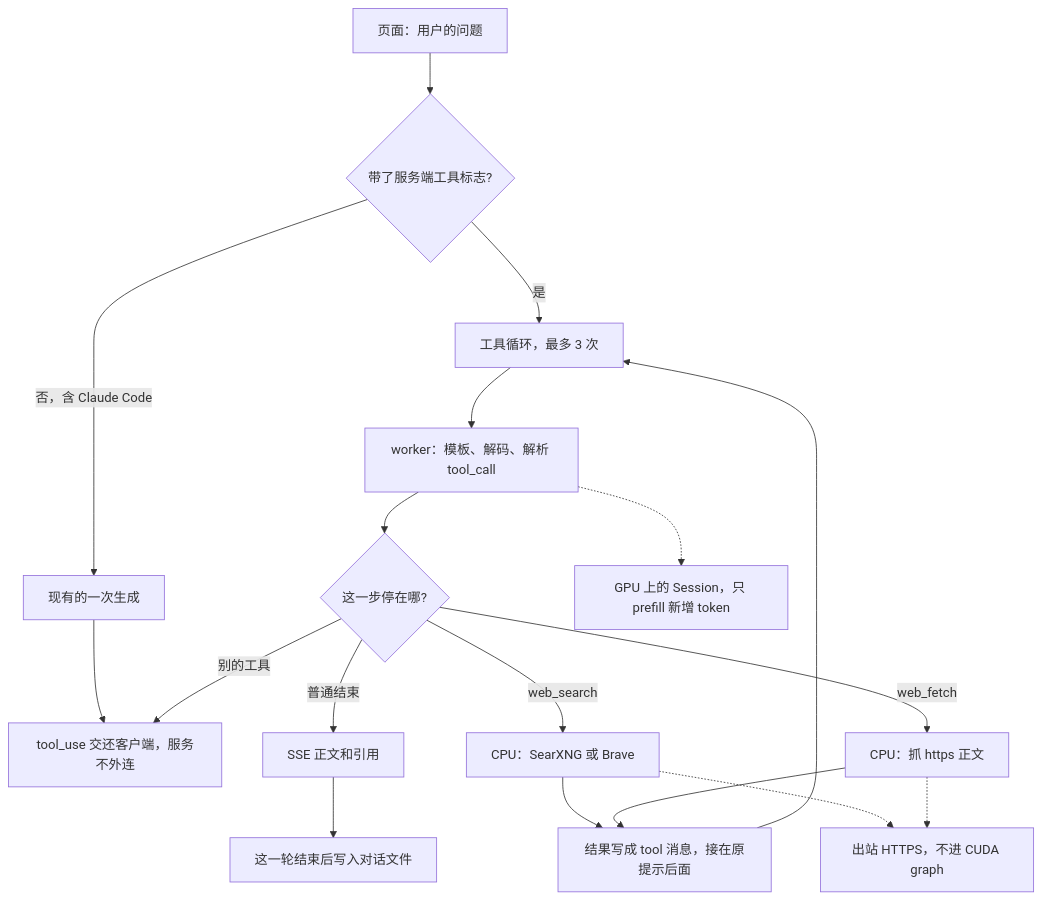
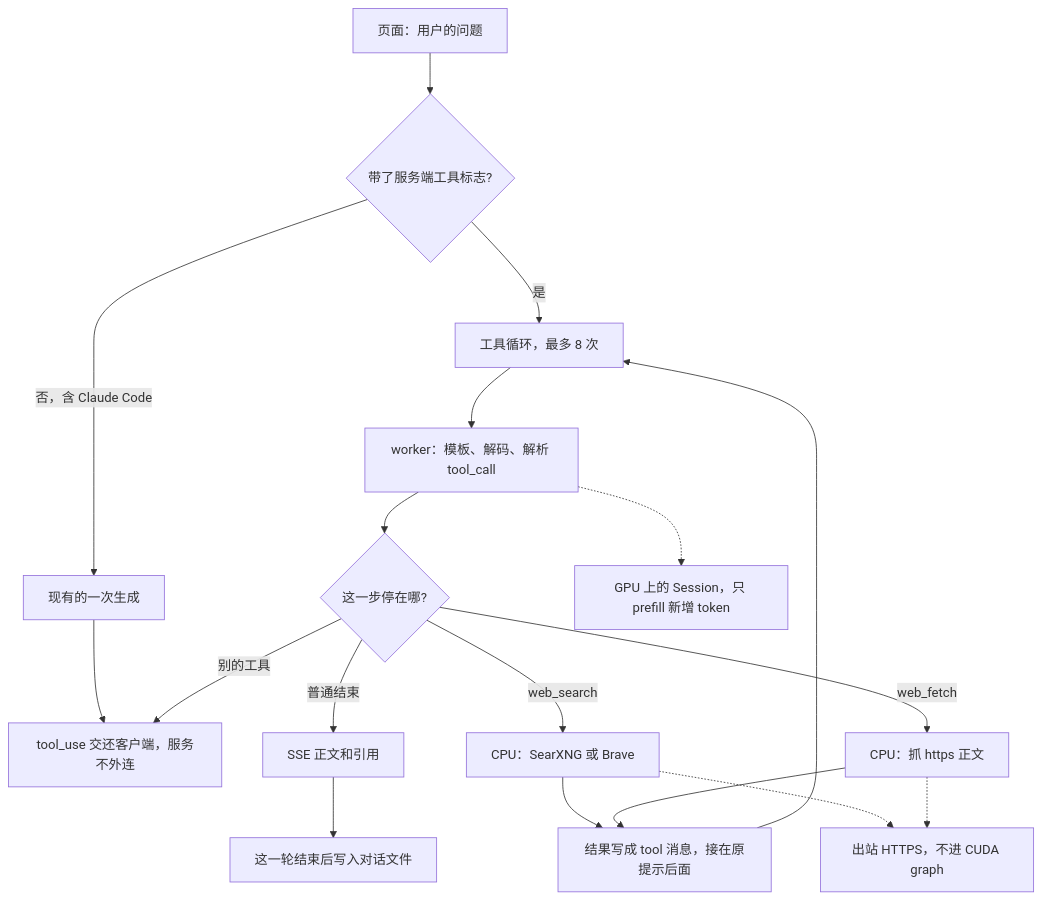
The diagram in docs/web-search.md (liujiacheng1009/token-rush), drawn with Mermaid before and after one commit. The commit also changed other lines of this file and 5 other files, not shown here.

````diff
--- a/docs/web-search.md
+++ b/docs/web-search.md
@@ -21,22 +21,22 @@
 ```mermaid
 flowchart TD
   q[页面：用户的问题] --> flag{带了服务端工具标志?}
   flag -->|否，含 Claude Code| once[现有的一次生成]
   once --> back[tool_use 交还客户端，服务不外连]
-  flag -->|是| loop[工具循环，最多 3 次]
+  flag -->|是| loop[工具循环，最多 8 次]
 
   loop --> gen[worker：模板、解码、解析 tool_call]
   gen --> kind{这一步停在哪?}
   kind -->|普通结束| ans[SSE 正文和引用]
   kind -->|web_search| search[CPU：SearXNG 或 Brave]
   kind -->|web_fetch| fetch[CPU：抓 https 正文]
   kind -->|别的工具| back
   search --> toolmsg[结果写成 tool 消息，接在原提示后面]
   fetch --> toolmsg
   toolmsg --> loop
   ans --> disk[这一轮结束后写入对话文件]
 
   gen -.-> gpu[GPU 上的 Session，只 prefill 新增 token]
   search -.-> net[出站 HTTPS，不进 CUDA graph]
   fetch -.-> net
 ```
````
